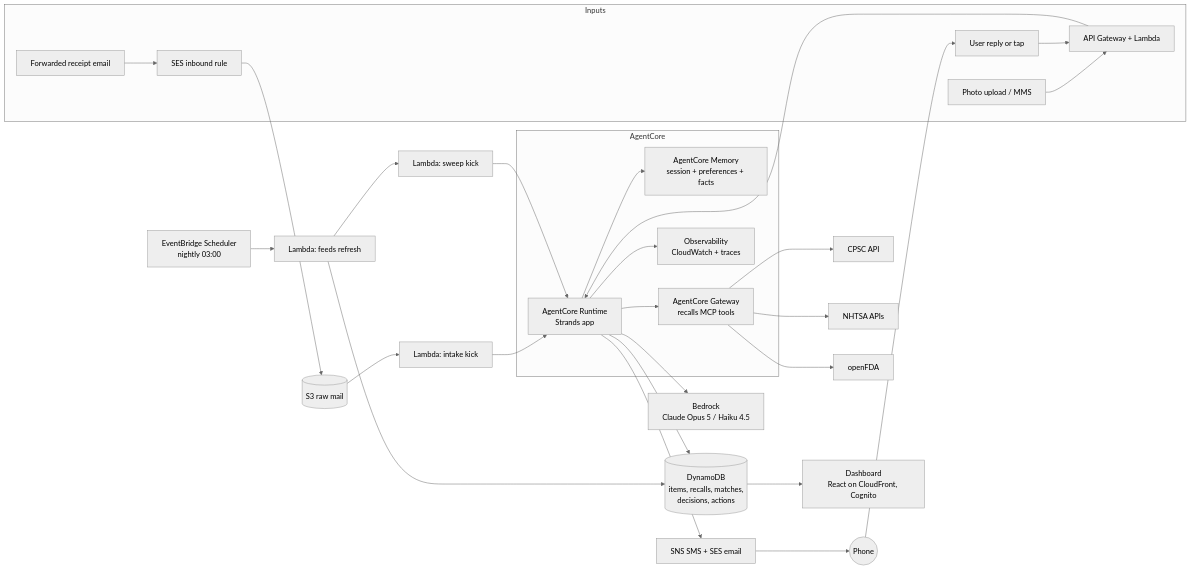
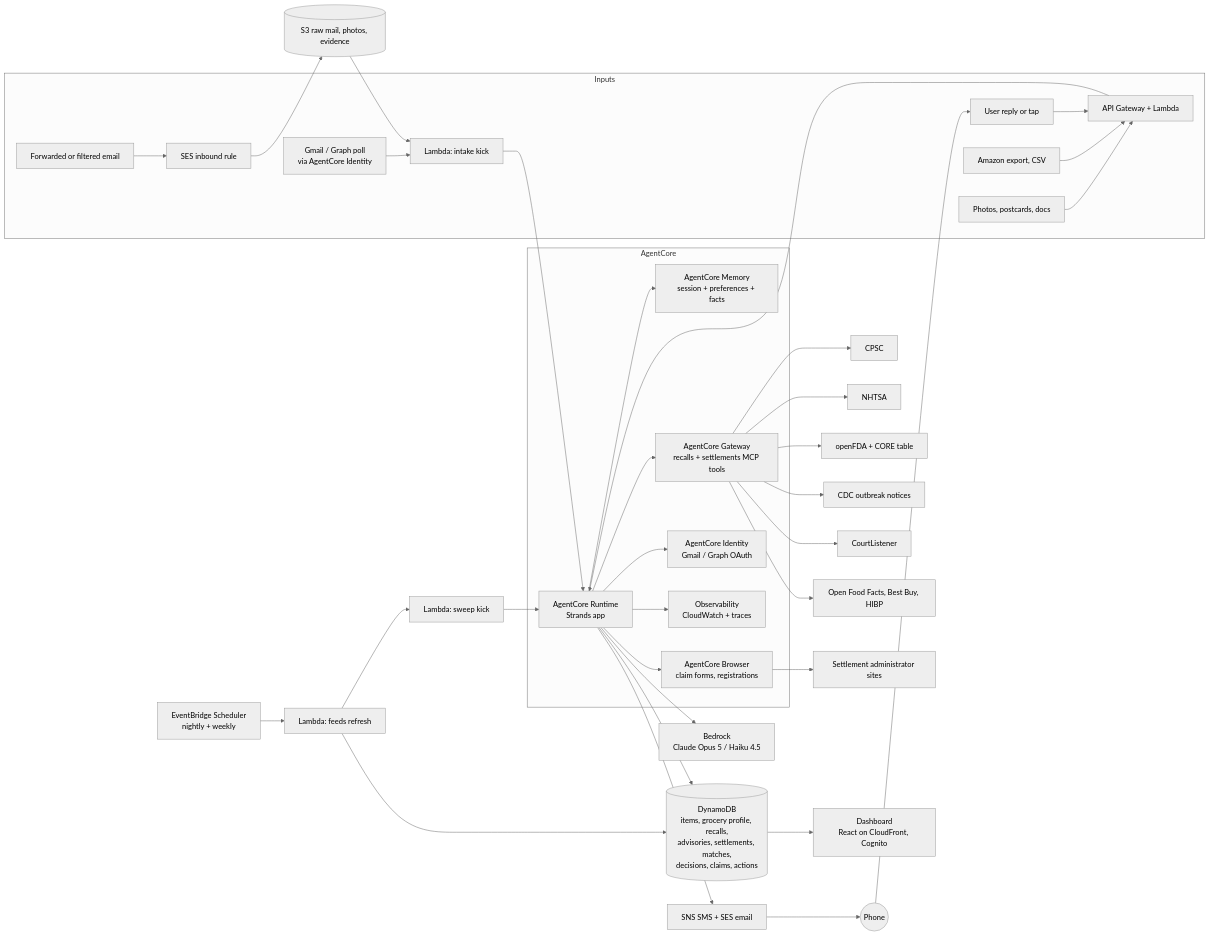
The diagram in BUILD_PLAN.md (KrishGup/Recall-and-Warranty-Guardian), drawn with Mermaid (neutral theme) before and after one commit. The commit also changed other lines of this file and 3 other files, not shown here.

````diff
--- a/BUILD_PLAN.md
+++ b/BUILD_PLAN.md
@@ -151,30 +521,38 @@
 ```mermaid
 flowchart LR
   subgraph Inputs
-    E[Forwarded receipt email] --> SES[SES inbound rule]
-    P[Photo upload / MMS] --> API
+    E[Forwarded or filtered email] --> SES[SES inbound rule]
+    G[Gmail / Graph poll<br/>via AgentCore Identity] --> L1
+    P[Photos, postcards, docs] --> API
+    X[Amazon export, CSV] --> API
     U[User reply or tap] --> API[API Gateway + Lambda]
   end
-  SES --> S3raw[(S3 raw mail)]
+  SES --> S3raw[(S3 raw mail, photos, evidence)]
   S3raw --> L1[Lambda: intake kick]
-  SCH[EventBridge Scheduler<br/>nightly 03:00] --> L2[Lambda: feeds refresh]
-  L2 --> DDB[(DynamoDB<br/>items, recalls, matches,<br/>decisions, actions)]
+  SCH[EventBridge Scheduler<br/>nightly + weekly] --> L2[Lambda: feeds refresh]
+  L2 --> DDB[(DynamoDB<br/>items, grocery profile, recalls,<br/>advisories, settlements, matches,<br/>decisions, claims, actions)]
   L2 --> L3[Lambda: sweep kick]
   L1 --> RT
   L3 --> RT
   API --> RT
   subgraph AgentCore
     RT[AgentCore Runtime<br/>Strands app] --> MEM[AgentCore Memory<br/>session + preferences + facts]
-    RT --> GW[AgentCore Gateway<br/>recalls MCP tools]
+    RT --> GW[AgentCore Gateway<br/>recalls + settlements MCP tools]
+    RT --> BRW[AgentCore Browser<br/>claim forms, registrations]
+    RT --> IDN[AgentCore Identity<br/>Gmail / Graph OAuth]
     RT --> OBS[Observability<br/>CloudWatch + traces]
   end
-  GW --> CPSC[CPSC API]
-  GW --> NHTSA[NHTSA APIs]
-  GW --> FDA[openFDA]
+  GW --> CPSC[CPSC]
+  GW --> NHTSA[NHTSA]
+  GW --> FDA[openFDA + CORE table]
+  GW --> CDC[CDC outbreak notices]
+  GW --> CL[CourtListener]
+  GW --> ENR[Open Food Facts, Best Buy, HIBP]
+  BRW --> ADM[Settlement administrator sites]
   RT --> DDB
   RT --> BR[Bedrock<br/>Claude Opus 5 / Haiku 4.5]
   RT --> NOTIFY[SNS SMS + SES email]
   NOTIFY --> Phone((Phone))
   Phone --> U
   DDB --> WEB[Dashboard<br/>React on CloudFront, Cognito]
 ```
````
